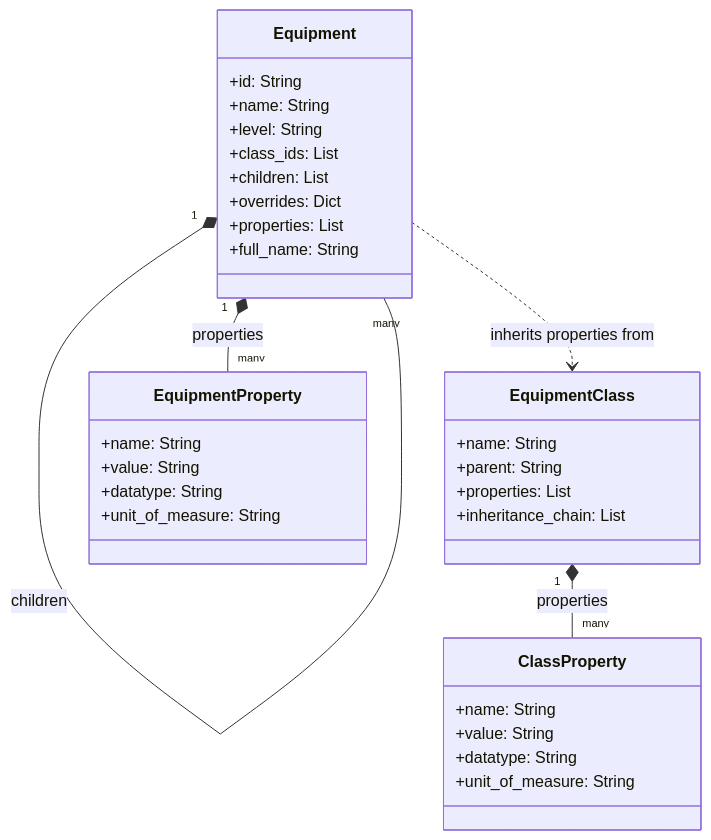
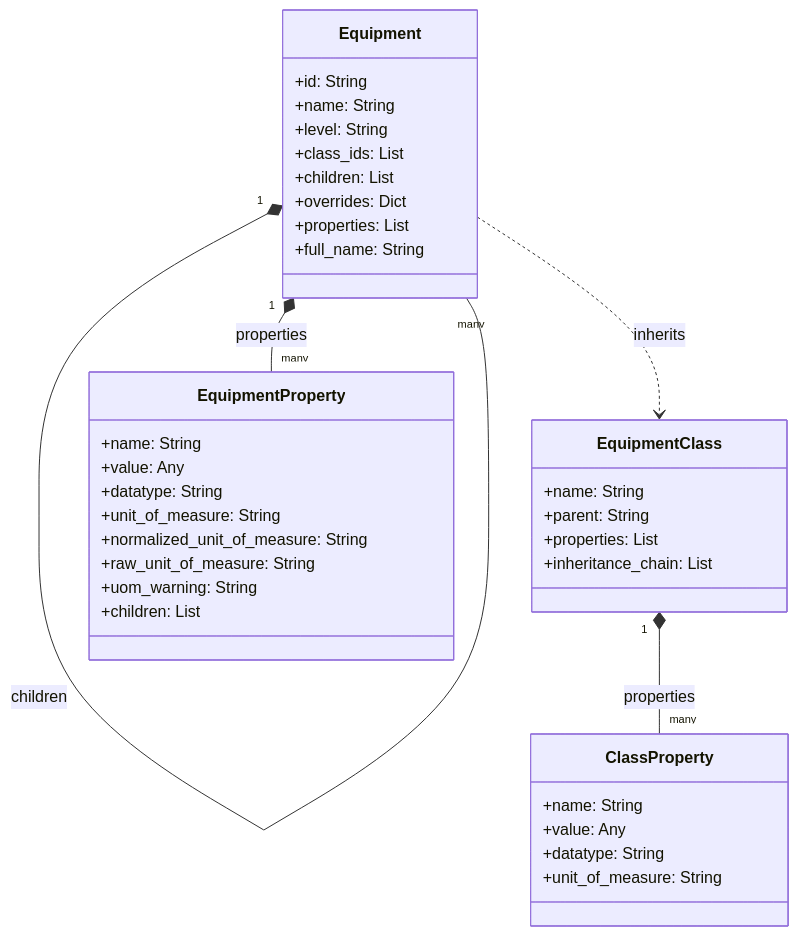
One commit to JaskRendix/amplab2mml-v0600 changed the first of 2 diagrams in README.md. Above: the diagram before and after it, drawn with Mermaid. The commit also changed other lines of this file, not shown here.

````diff
--- a/README.md
+++ b/README.md
@@ -68,39 +78,43 @@
 ```mermaid
 classDiagram
     class Equipment {
         +id: String
         +name: String
         +level: String
         +class_ids: List
         +children: List
         +overrides: Dict
         +properties: List
         +full_name: String
     }
 
     class EquipmentClass {
         +name: String
         +parent: String
         +properties: List
         +inheritance_chain: List
     }
 
     class ClassProperty {
         +name: String
-        +value: String
+        +value: Any
         +datatype: String
         +unit_of_measure: String
     }
 
     class EquipmentProperty {
         +name: String
-        +value: String
+        +value: Any
         +datatype: String
         +unit_of_measure: String
+        +normalized_unit_of_measure: String
+        +raw_unit_of_measure: String
+        +uom_warning: String
+        +children: List
     }
 
     Equipment "1" *-- "many" Equipment : children
     Equipment "1" *-- "many" EquipmentProperty : properties
     EquipmentClass "1" *-- "many" ClassProperty : properties
-    Equipment ..> EquipmentClass : inherits properties from
+    Equipment ..> EquipmentClass : inherits
 ```
````
